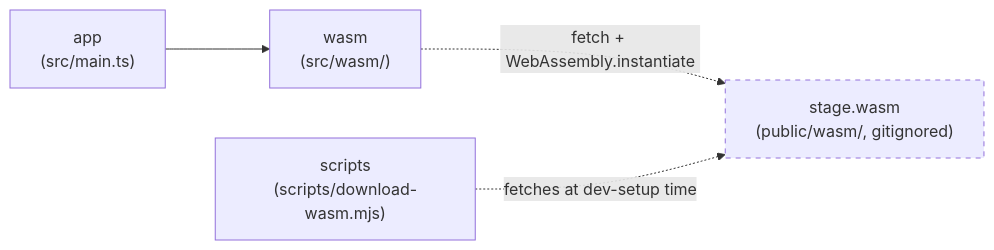
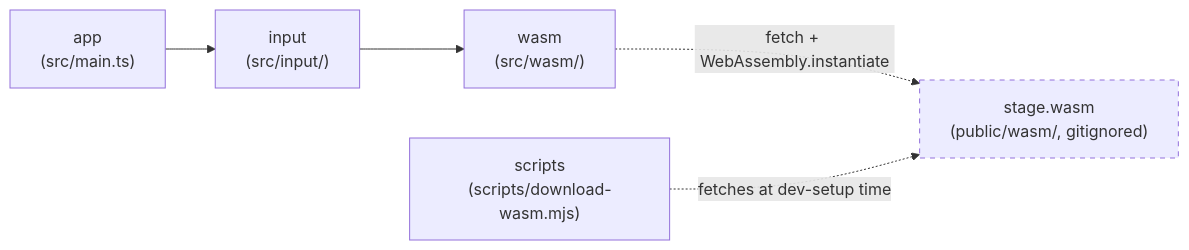
One commit to openkakutou/stage-viewer-web changed the diagram in docs/architecture.md. Above: the diagram before and after it, drawn with Mermaid. The commit also changed other lines of this file and 18 other files, not shown here.

````diff
--- a/docs/architecture.md
+++ b/docs/architecture.md
@@ -12,8 +12,9 @@
 ```mermaid
 flowchart LR
-    app["app\n(src/main.ts)"] --> wasm["wasm\n(src/wasm/)"]
+    app["app\n(src/main.ts)"] --> input["input\n(src/input/)"]
+    input --> wasm["wasm\n(src/wasm/)"]
     wasm -.->|fetch + WebAssembly.instantiate| module["stage.wasm\n(public/wasm/, gitignored)"]
     scripts["scripts\n(scripts/download-wasm.mjs)"] -.->|fetches at dev-setup time| module
 
     style module stroke-dasharray: 5 5
 ```
````
